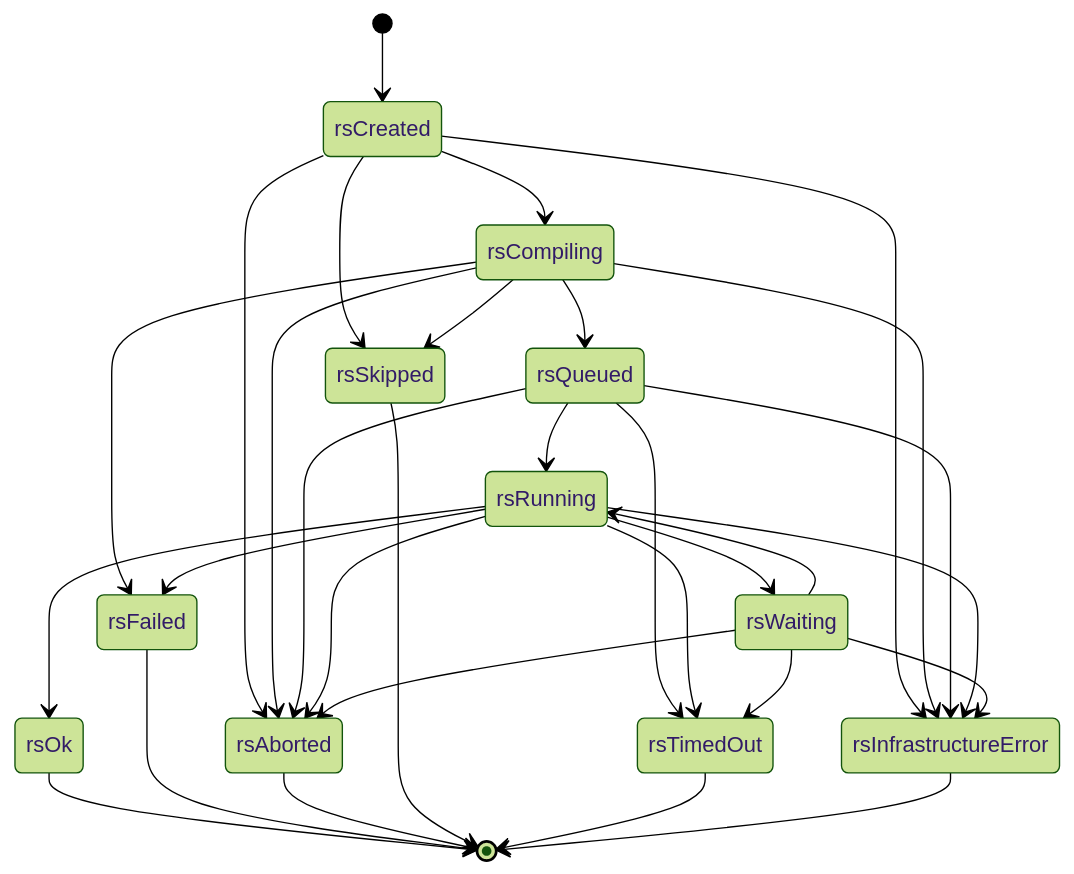
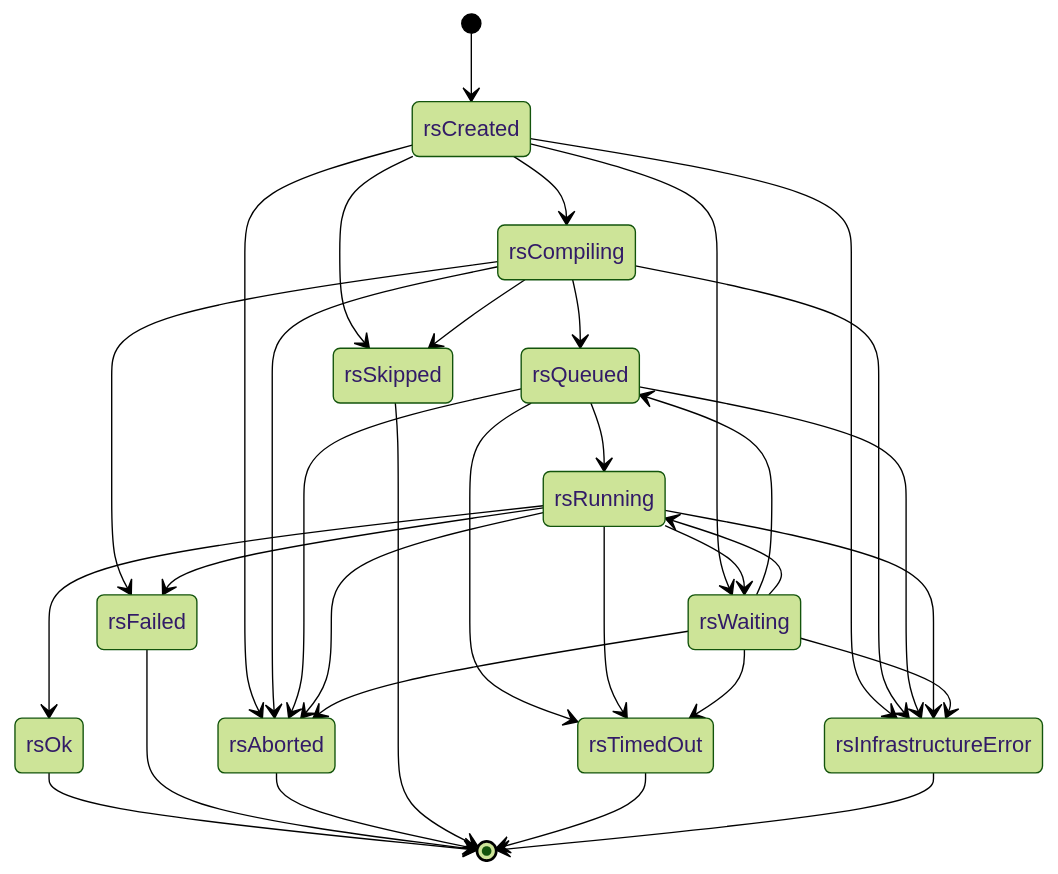
One commit to zystem/CiNim changed the first of 4 diagrams in docs/state-machines.md. Above: the diagram before and after it, drawn with Mermaid (forest theme). The commit also changed 30 other files, not shown here.

````diff
--- a/docs/state-machines.md
+++ b/docs/state-machines.md
@@ -10,33 +10,35 @@
 ```mermaid
 stateDiagram-v2
   [*] --> rsCreated
   rsCreated --> rsCompiling
+  rsCreated --> rsWaiting
   rsCreated --> rsAborted
   rsCreated --> rsSkipped
   rsCreated --> rsInfrastructureError
   rsCompiling --> rsQueued
   rsCompiling --> rsFailed
   rsCompiling --> rsAborted
   rsCompiling --> rsSkipped
   rsCompiling --> rsInfrastructureError
   rsQueued --> rsRunning
   rsQueued --> rsAborted
   rsQueued --> rsTimedOut
   rsQueued --> rsInfrastructureError
   rsRunning --> rsWaiting
   rsRunning --> rsOk
   rsRunning --> rsFailed
   rsRunning --> rsAborted
   rsRunning --> rsTimedOut
   rsRunning --> rsInfrastructureError
+  rsWaiting --> rsQueued
   rsWaiting --> rsRunning
   rsWaiting --> rsAborted
   rsWaiting --> rsTimedOut
   rsWaiting --> rsInfrastructureError
   rsOk --> [*]
   rsFailed --> [*]
   rsAborted --> [*]
   rsSkipped --> [*]
   rsTimedOut --> [*]
   rsInfrastructureError --> [*]
 ```
````
